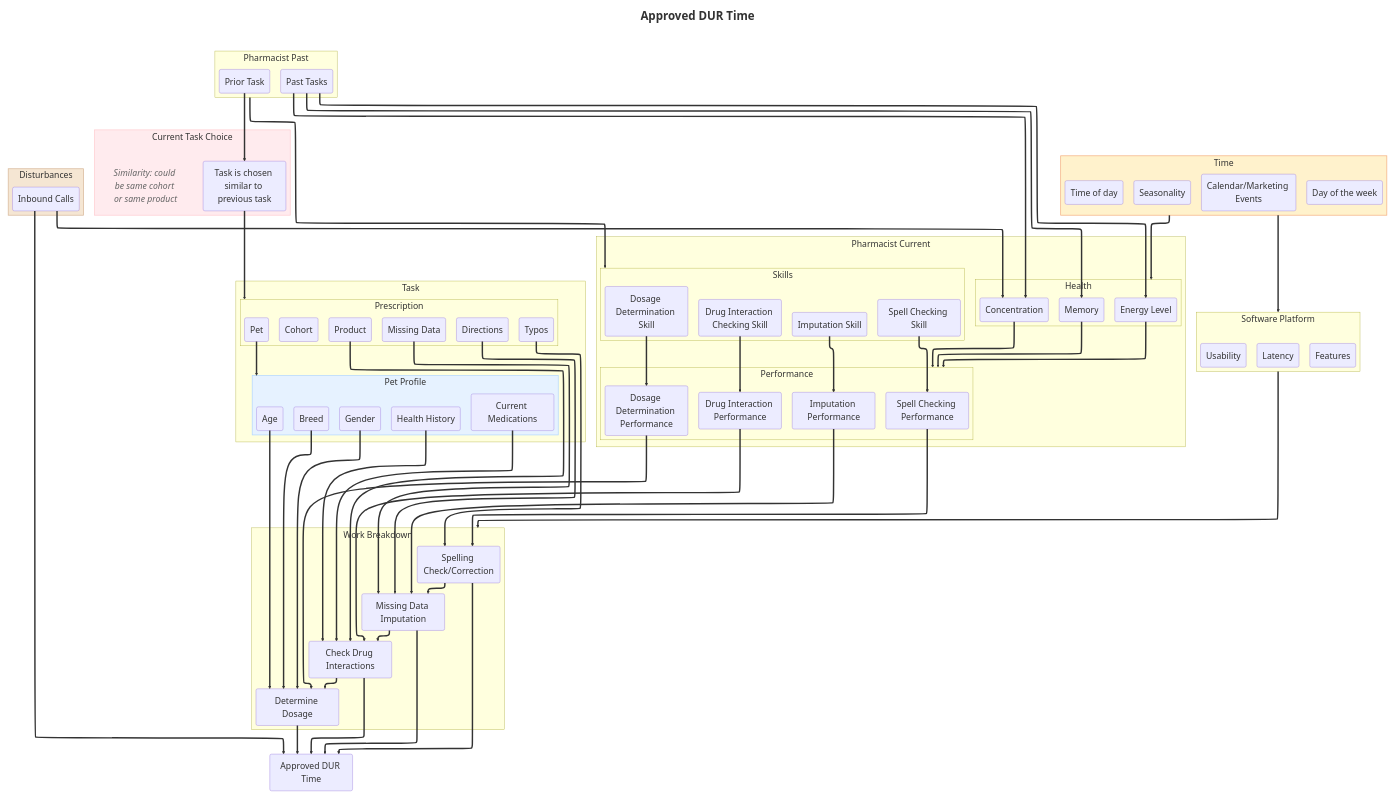
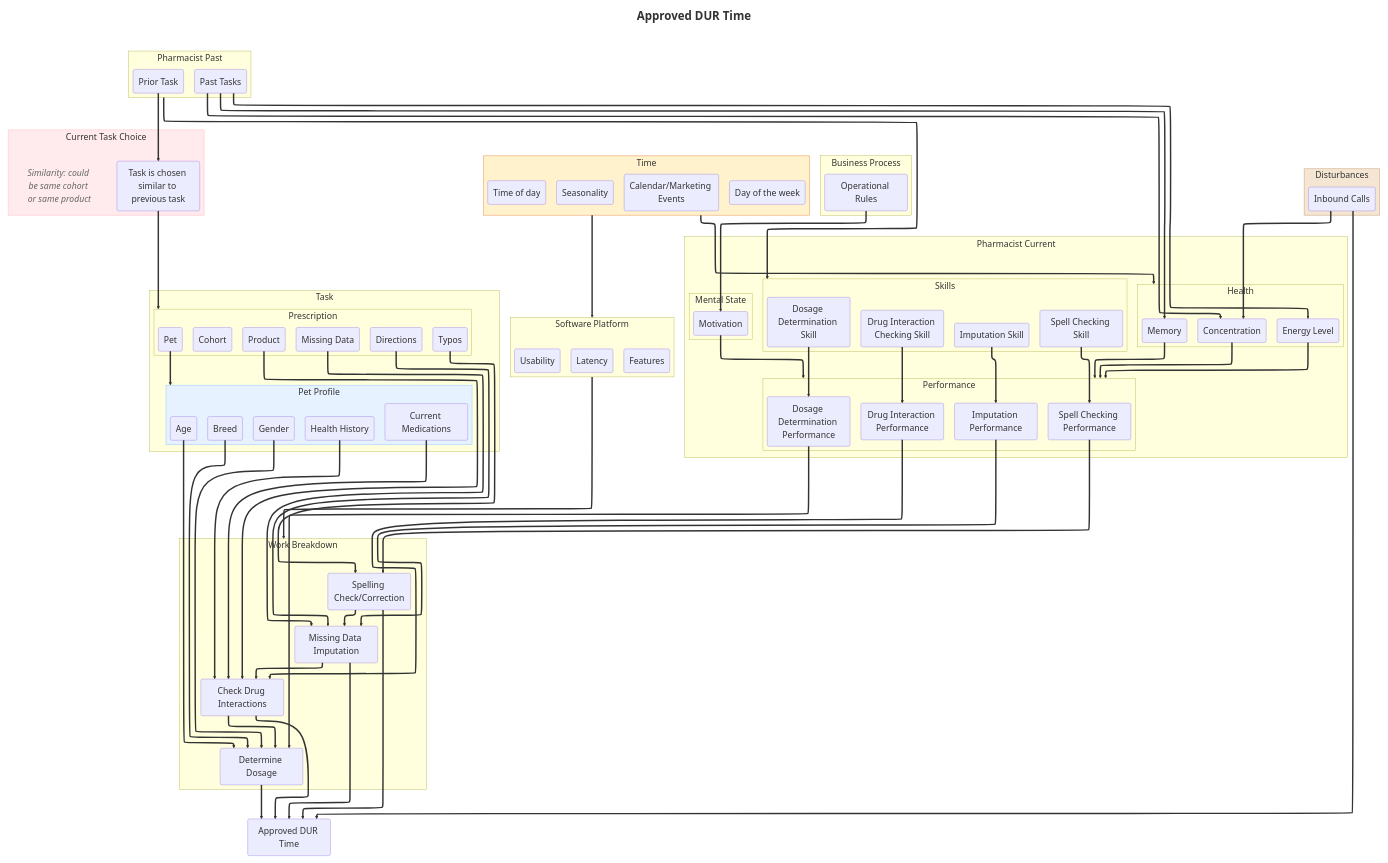
Before and after one commit to myunt1-chwy/rxp-pharmacist-task-grouping-analysis: the diagram in src/mermaid/DUR.mmd, drawn with Mermaid. The commit also changed 11 other files, not shown here.

```diff
--- a/src/mermaid/DUR.mmd
+++ b/src/mermaid/DUR.mmd
@@ -1,128 +1,136 @@
 %%{init: { "layout": "elk","themeVariables": { "fontSize": "24px", "subgraphFontSize": "28px", "fontWeight": "bold" }, "themeCSS": ".nodeLabel { font-weight: bold; }" } }%%
 
 flowchart TB
     %% Master container that acts as the top-centered title
     subgraph Main ["<span style='font-size:32px; font-weight:bold; display:block; padding:10px 0;'>Approved DUR Time</span>"]
         direction LR
         subgraph Env[Time]
             Seasonality(Seasonality)
             Events(Calendar/Marketing Events)
             TimeOfDay(Time of day)
             DayOfWeek(Day of the week)
         end
         subgraph Treatments[Current Task Choice]
             T(Task is chosen similar to previous task)
             TreatmentNote["Similarity: could be same cohort or same product"]
+        end
+        subgraph BP[Business Process]
+           Ops(Operational Rules)
         end
         subgraph SW[Software Platform]
             Responsiveness(Latency)
             Features(Features)
             Usability(Usability)
         end
         subgraph  Task[Task]
             subgraph PetProfile[Pet Profile]
                 direction LR
                 PHH(Health History)
                 PCM(Current Medications)
                 PA(Age)
                 PB(Breed)
                 PG(Gender)
             end
             subgraph Rx[Prescription]
                 direction TB
                 Typos(Typos)
                 MissingData(Missing Data)
                 Medication(Product)
                 Cohort(Cohort)
                 Directions(Directions)
                 Pet(Pet)
             end
         end
         subgraph PastPharmacist[Pharmacist Past]
                 PriorTask(Prior Task)
                 PastTasks(Past Tasks)
         end
         subgraph Pharmacist[Pharmacist Current]
+            subgraph Mental State
+                Mot(Motivation)
+            end
             subgraph Health
                 PhPM("Memory")
                 PhPC("Concentration")
                 PhPL("Energy Level")
             end
             subgraph Skills
                 PhPS(Spell Checking Skill)
                 PhPI(Imputation Skill)
                 PhPA(Drug Interaction Checking Skill)
                 PhPD(Dosage Determination Skill)
             end
             subgraph Performance
                 PhPSP(Spell Checking Performance)
                 PhPIP(Imputation Performance)
                 PhPAP(Drug Interaction Performance)
                 PhPDP(Dosage Determination Performance)
             end
             PhPS --> PhPSP
             PhPI --> PhPIP
             PhPA --> PhPAP
             PhPD --> PhPDP
             PhPM --> Performance
             PhPL --> Performance
             PhPC --> Performance
+            Mot  --> Performance
         end
         subgraph Dist[Disturbances]
             Inbound(Inbound Calls)
         end
         PastPharmacist --> Skills
         PriorTask --> T
         T --> Rx
         PastTasks --> PhPL
         PastTasks --> PhPM
         PastTasks --> PhPC
         Env --> Health
         Env --> SW
+        Ops --> Mot
         subgraph WBR[Work Breakdown]
             direction LR
             SpellCheckTask(Spelling Check/Correction)
             ImputeTask(Missing Data Imputation)
             DetermineDosageTask(Determine Dosage)
             DrugInteractionTask(Check Drug Interactions)
             SpellCheckTask --> ImputeTask
             ImputeTask --> DrugInteractionTask
             DrugInteractionTask --> DetermineDosageTask
         end
         Pet --> PetProfile
         Typos --> SpellCheckTask
         PhPSP --> SpellCheckTask
         MissingData --> ImputeTask
         Directions --> ImputeTask
         PhPIP -->ImputeTask
         Medication --> DrugInteractionTask
         PhPAP -->DrugInteractionTask
         PHH --> DrugInteractionTask
         PCM --> DrugInteractionTask
         PhPDP --> DetermineDosageTask
         PA --> DetermineDosageTask
         PB --> DetermineDosageTask
         PG --> DetermineDosageTask
         SW --> WBR
         DetermineDosageTask --> DUR(Approved DUR Time)
         DrugInteractionTask --> DUR(Approved DUR Time)
         ImputeTask --> DUR(Approved DUR Time)
         SpellCheckTask --> DUR(Approved DUR Time)
         Inbound --> DUR(Approved DUR Time)
         Inbound --> PhPC
     end
 
     %% Hide the outer master box lines so only the text title shows on top
     style Main fill:none,stroke:none;
     %% Styling the PetProfile subgraph light blue
     style PetProfile fill:#e6f2ff,stroke:#b3d7ff,stroke-width:2px;
     %% Styling the Treatments subgraph light red
     style Treatments fill:#ffebee,stroke:#ffcdd2,stroke-width:2px;
     %% Display treatment similarity as a text-only annotation
     style TreatmentNote fill:none,stroke:none,color:#666,font-style:italic;
     %% Make connector lines more visible
     linkStyle default stroke-width:4px;
     %% Styling the Disturbances subgraph light brown
     style Dist fill:#f5e6d3,stroke:#d7b899,stroke-width:2px;
     %% Styling the Environment subgraph light orange
     style Env fill:#fff2cc,stroke:#f4b183,stroke-width:2px;
```
